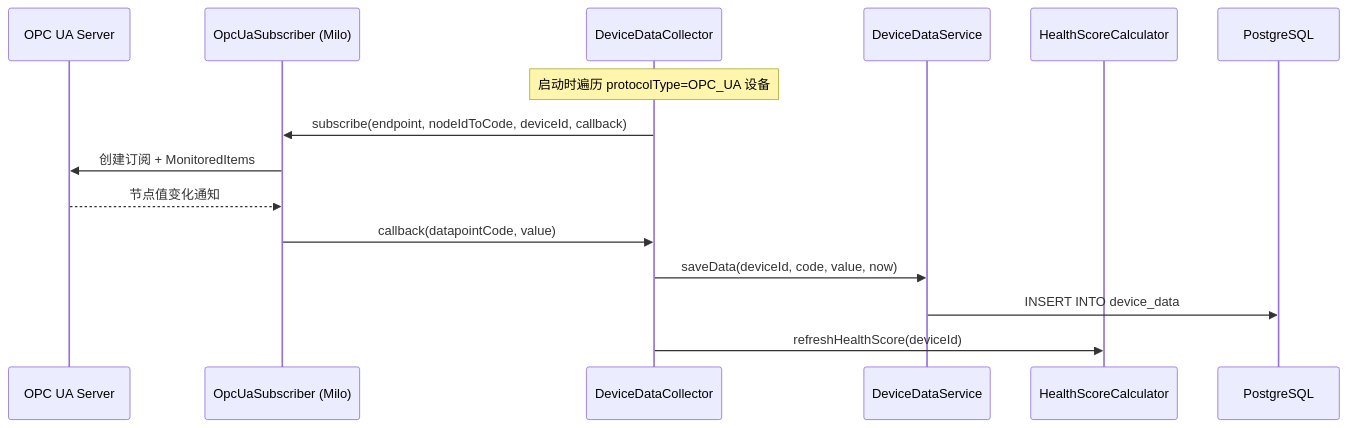
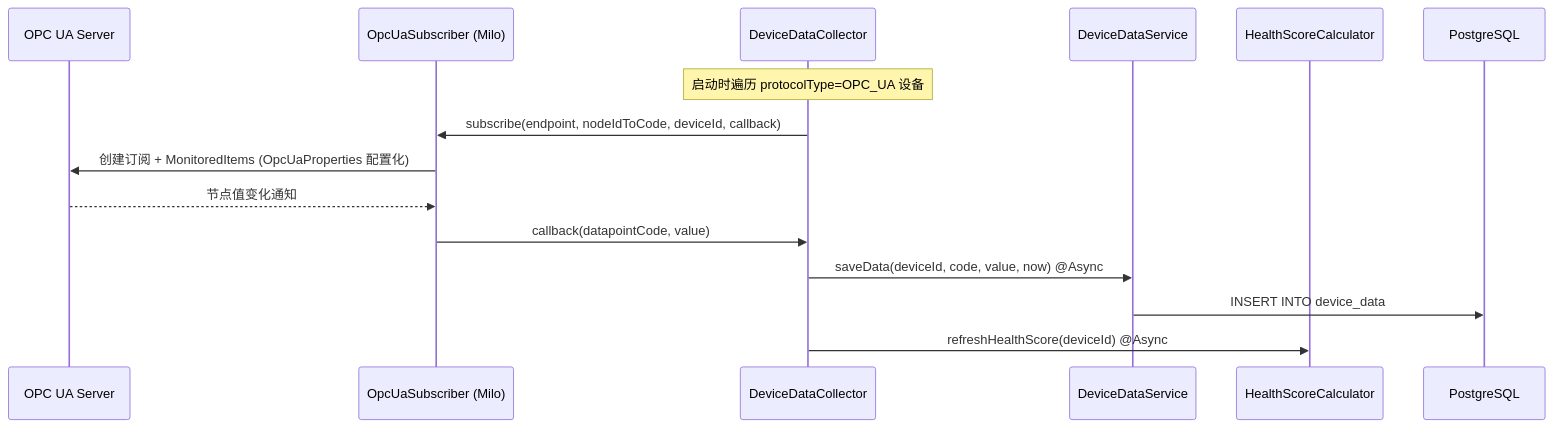
The fifth of 8 diagrams in docs/explaination/project-explanation-phase1.md (north30-dev/smt-agent-platform), drawn with Mermaid before and after one commit. The commit also changed other lines of this file and 2 other files, not shown here.

````diff
--- a/docs/explaination/project-explanation-phase1.md
+++ b/docs/explaination/project-explanation-phase1.md
@@ -207,18 +270,18 @@
 ```mermaid
 sequenceDiagram
     participant Server as OPC UA Server
     participant Sub as OpcUaSubscriber (Milo)
     participant Collector as DeviceDataCollector
     participant DS as DeviceDataService
     participant HSC as HealthScoreCalculator
     participant PG as PostgreSQL
 
     Note over Collector: 启动时遍历 protocolType=OPC_UA 设备
     Collector->>Sub: subscribe(endpoint, nodeIdToCode, deviceId, callback)
-    Sub->>Server: 创建订阅 + MonitoredItems
+    Sub->>Server: 创建订阅 + MonitoredItems (OpcUaProperties 配置化)
     Server-->>Sub: 节点值变化通知
     Sub->>Collector: callback(datapointCode, value)
-    Collector->>DS: saveData(deviceId, code, value, now)
+    Collector->>DS: saveData(deviceId, code, value, now) @Async
     DS->>PG: INSERT INTO device_data
-    Collector->>HSC: refreshHealthScore(deviceId)
+    Collector->>HSC: refreshHealthScore(deviceId) @Async
 ```
````
